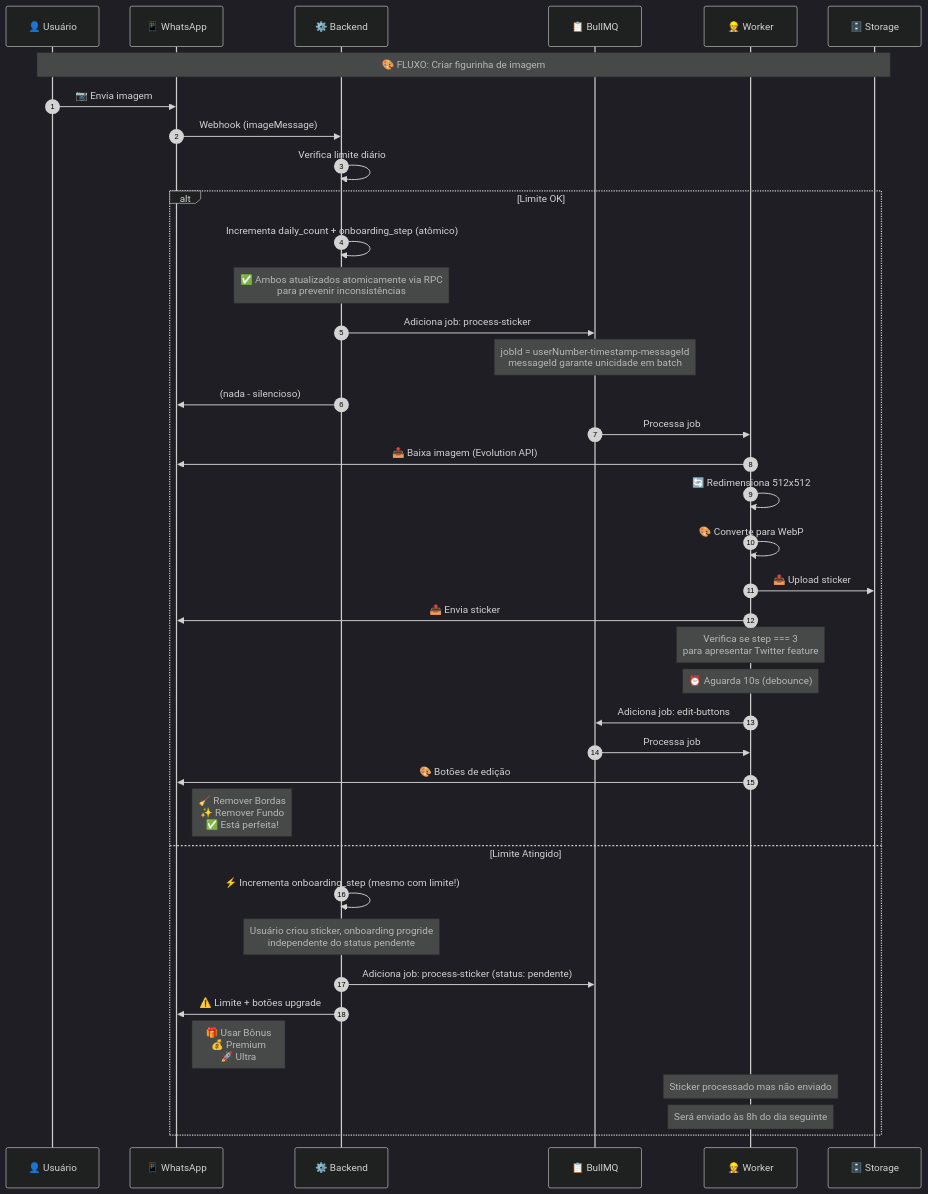
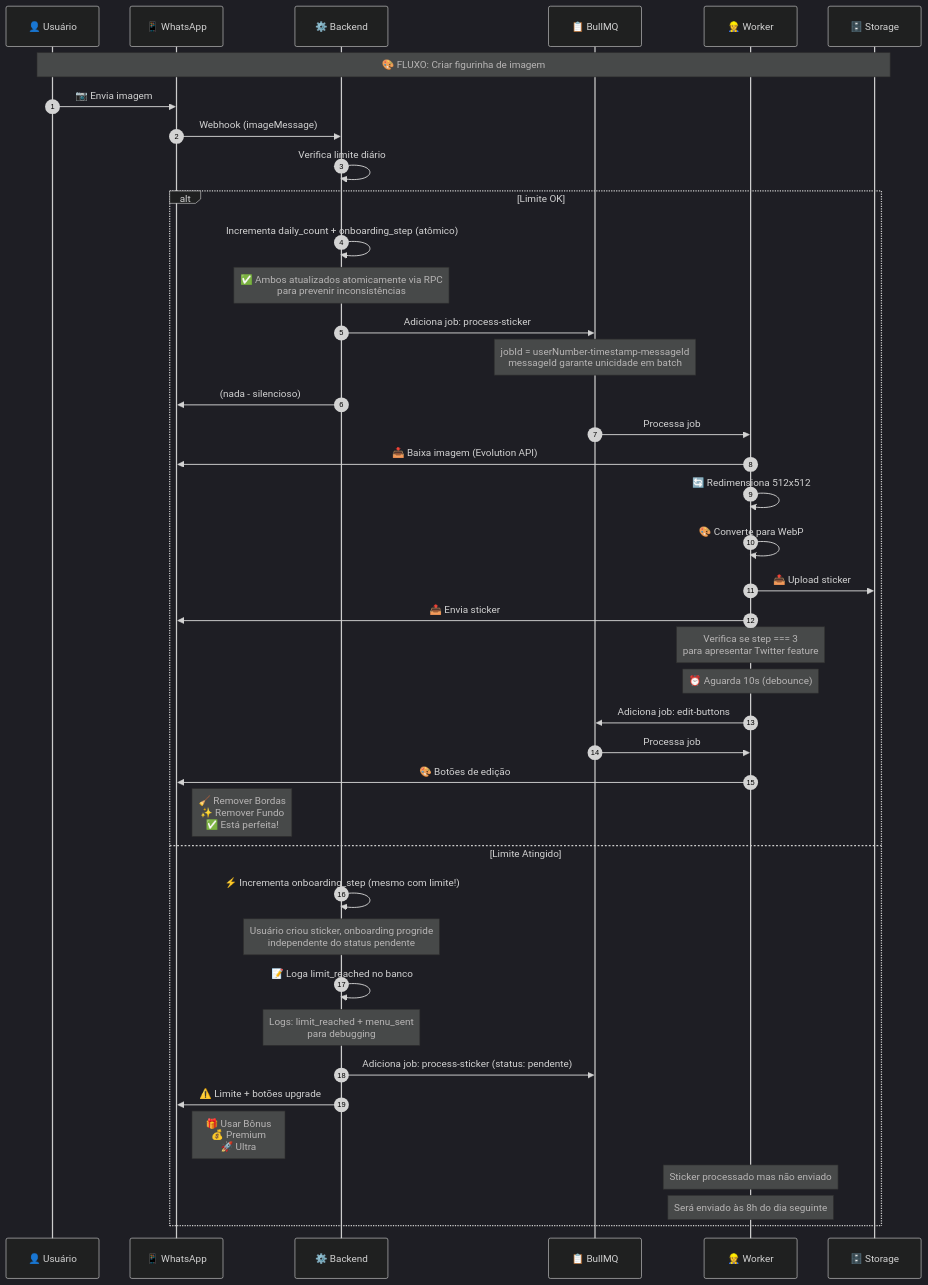
The third of 22 diagrams in docs/architecture/FLOWCHARTS.md (reisspaulo/sticker), drawn with Mermaid (dark theme) before and after one commit. The commit also changed 3 other files, not shown here.

First line of the commit message:
feat(logging): add database logging for limit reached events

````diff
--- a/docs/architecture/FLOWCHARTS.md
+++ b/docs/architecture/FLOWCHARTS.md
@@ -171,51 +171,53 @@
 ```mermaid
 sequenceDiagram
     autonumber
     participant U as 👤 Usuário
     participant W as 📱 WhatsApp
     participant B as ⚙️ Backend
     participant Q as 📋 BullMQ
     participant WK as 👷 Worker
     participant S as 🗄️ Storage
 
     Note over U,S: 🎨 FLUXO: Criar figurinha de imagem
 
     U->>W: 📷 Envia imagem
     W->>B: Webhook (imageMessage)
 
     B->>B: Verifica limite diário
 
     alt Limite OK
         B->>B: Incrementa daily_count + onboarding_step (atômico)
         Note over B: ✅ Ambos atualizados atomicamente via RPC<br/>para prevenir inconsistências
         B->>Q: Adiciona job: process-sticker
         Note over Q: jobId = userNumber-timestamp-messageId<br/>messageId garante unicidade em batch
         B->>W: (nada - silencioso)
 
         Q->>WK: Processa job
         WK->>W: 📥 Baixa imagem (Evolution API)
         WK->>WK: 🔄 Redimensiona 512x512
         WK->>WK: 🎨 Converte para WebP
         WK->>S: 📤 Upload sticker
         WK->>W: 📤 Envia sticker
 
         Note over WK: Verifica se step === 3<br/>para apresentar Twitter feature
 
         Note over WK: ⏰ Aguarda 10s (debounce)
 
         WK->>Q: Adiciona job: edit-buttons
         Q->>WK: Processa job
         WK->>W: 🎨 Botões de edição
         Note right of W: 🧹 Remover Bordas<br/>✨ Remover Fundo<br/>✅ Está perfeita!
 
     else Limite Atingido
         B->>B: ⚡ Incrementa onboarding_step (mesmo com limite!)
         Note over B: Usuário criou sticker, onboarding progride<br/>independente do status pendente
+        B->>B: 📝 Loga limit_reached no banco
+        Note over B: Logs: limit_reached + menu_sent<br/>para debugging
         B->>Q: Adiciona job: process-sticker (status: pendente)
         B->>W: ⚠️ Limite + botões upgrade
         Note right of W: 🎁 Usar Bônus<br/>💰 Premium<br/>🚀 Ultra
 
         Note over WK: Sticker processado mas não enviado
         Note over WK: Será enviado às 8h do dia seguinte
     end
 ```
````
